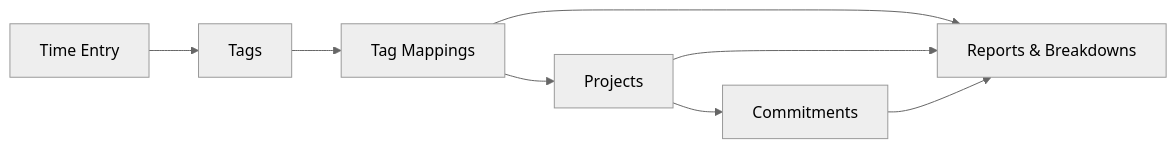
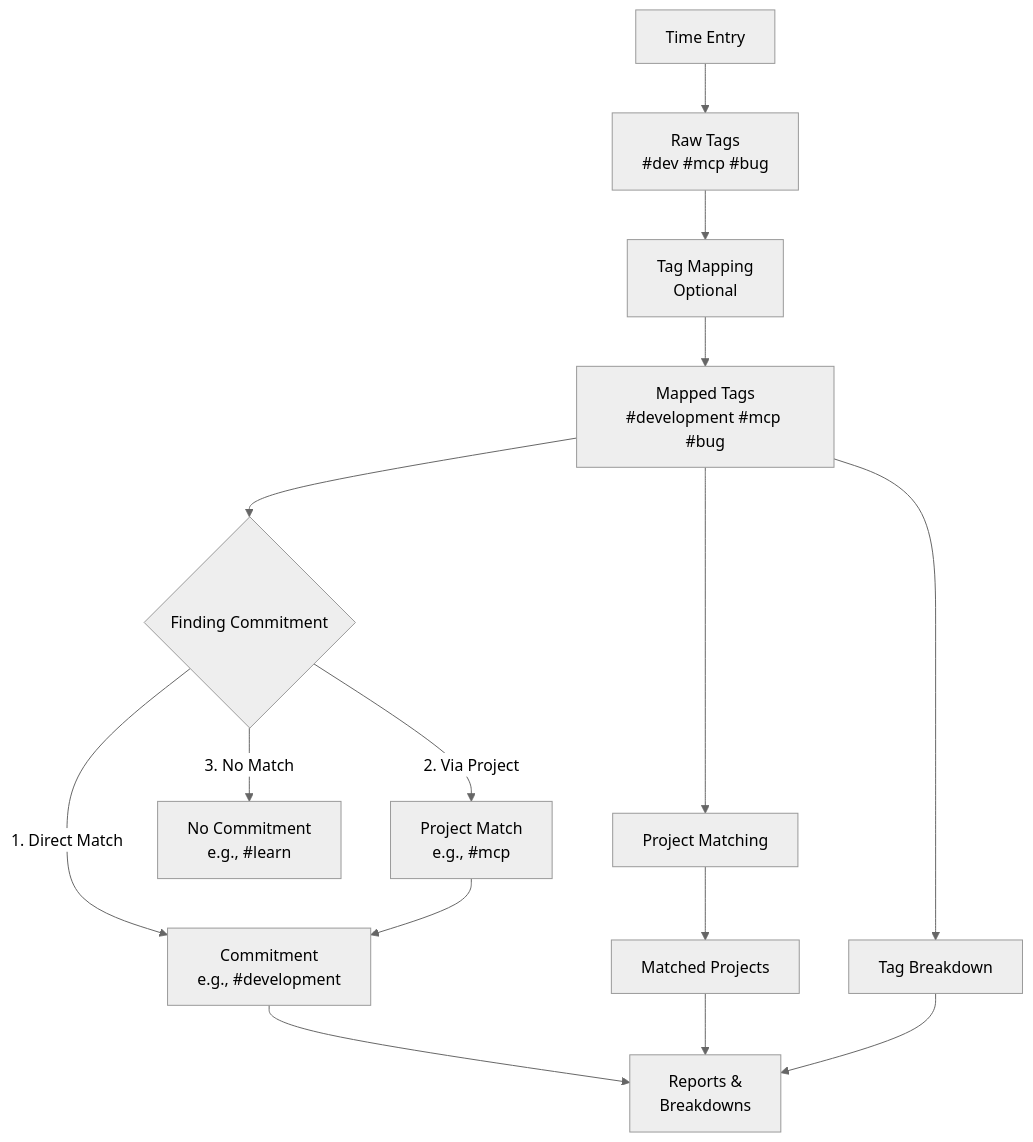
Before and after one commit to markwharton/time-tracking-mcp: the diagram in docs/TAG_SYSTEM.md, drawn with Mermaid (neutral theme).

Commit message:
fix: correct TAG_SYSTEM.md architecture diagram to show actual tag resolution
The previous diagram implied a linear flow (Tags → Mappings → Projects → Commitments)
which was incorrect. The actual implementation has three distinct paths to reach
a commitment:

1. Direct match: Tag name matches commitment name (#development → development)
2. Via tag mapping + direct match: #dev → #development → development
3. Via project: Tag matches project, use project's commitment (#mcp → development)

Updated diagram shows:
- Tag mapping as optional step (not all tags have mappings)
- Decision diamond for commitment resolution with three paths
- Parallel project matching (independent from commitment resolution)
- Multiple output streams (commitments, projects, tags) feeding reports

This accurately reflects the logic in src/services/summary-calculator.ts:74-92.

🤖 Generated with [Claude Code](https://claude.com/claude-code)

````diff
--- a/docs/TAG_SYSTEM.md
+++ b/docs/TAG_SYSTEM.md
@@ -9,10 +9,21 @@
 ```mermaid
-graph LR
-    A[Time Entry] --> B[Tags]
-    B --> C[Tag Mappings]
-    C --> D[Projects]
-    D --> E[Commitments]
-    C --> F[Reports & Breakdowns]
-    D --> F
-    E --> F
+graph TD
+    A[Time Entry] --> B[Raw Tags<br/>#dev #mcp #bug]
+
+    B --> C[Tag Mapping<br/>Optional]
+    C --> D[Mapped Tags<br/>#development #mcp #bug]
+
+    D --> E{Finding Commitment}
+    E -->|1. Direct Match| F[Commitment<br/>e.g., #development]
+    E -->|2. Via Project| G[Project Match<br/>e.g., #mcp]
+    G --> F
+    E -->|3. No Match| H[No Commitment<br/>e.g., #learn]
+
+    D --> I[Project Matching]
+    I --> J[Matched Projects]
+
+    F --> K[Reports &<br/>Breakdowns]
+    J --> K
+    D --> L[Tag Breakdown]
+    L --> K
 ```
````
